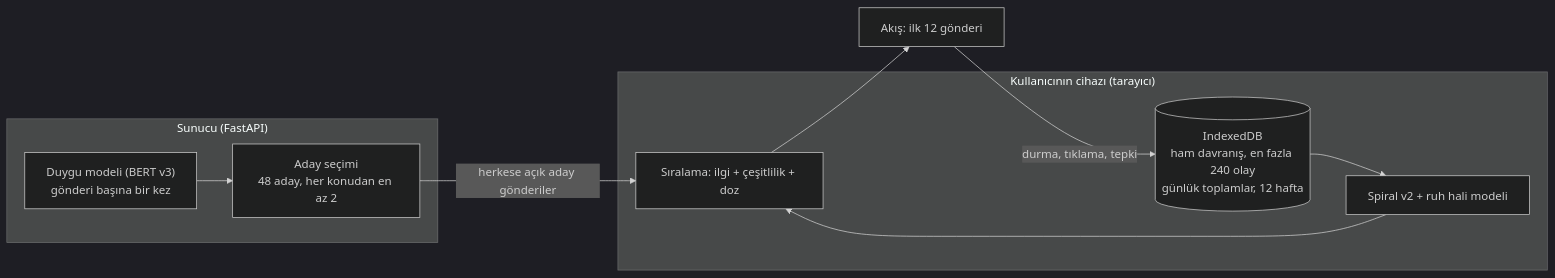
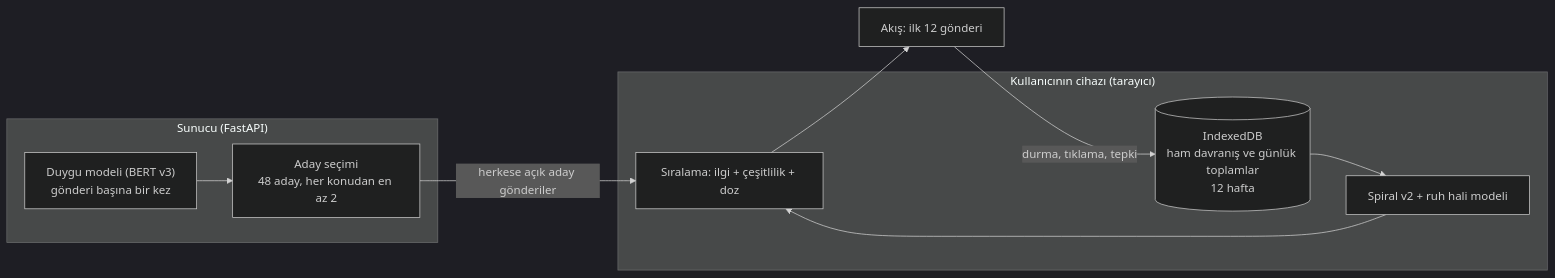
The first of 4 diagrams in docs/kullanici_akislari.md (samibahar/nsosyal), drawn with Mermaid (dark theme) before and after one commit. The commit also changed 15 other files, not shown here.

````diff
--- a/docs/kullanici_akislari.md
+++ b/docs/kullanici_akislari.md
@@ -5,15 +5,15 @@
 ```mermaid
 flowchart LR
   subgraph Sunucu["Sunucu (FastAPI)"]
     B["Duygu modeli (BERT v3)<br/>gönderi başına bir kez"]
     A["Aday seçimi<br/>48 aday, her konudan en az 2"]
   end
   subgraph Cihaz["Kullanıcının cihazı (tarayıcı)"]
-    I[("IndexedDB<br/>ham davranış, en fazla 240 olay<br/>günlük toplamlar, 12 hafta")]
+    I[("IndexedDB<br/>ham davranış ve günlük toplamlar<br/>12 hafta")]
     S["Spiral v2 + ruh hali modeli"]
     R["Sıralama: ilgi + çeşitlilik + doz"]
   end
   B --> A -->|herkese açık aday gönderiler| R
   I --> S --> R --> F["Akış: ilk 12 gönderi"]
   F -->|durma, tıklama, tepki| I
 ```
````
